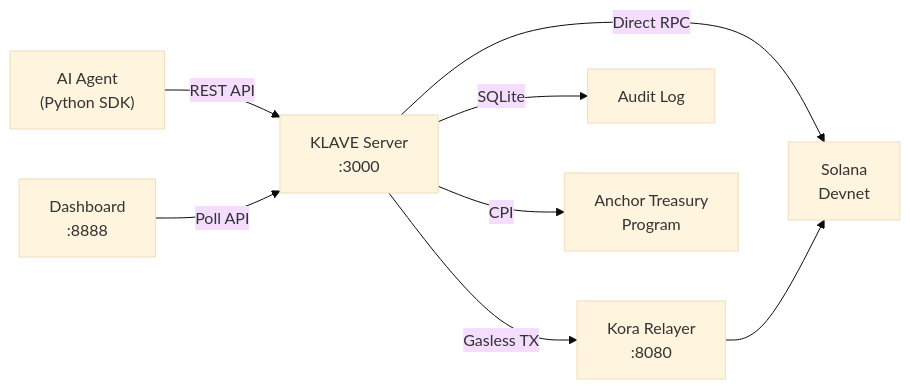
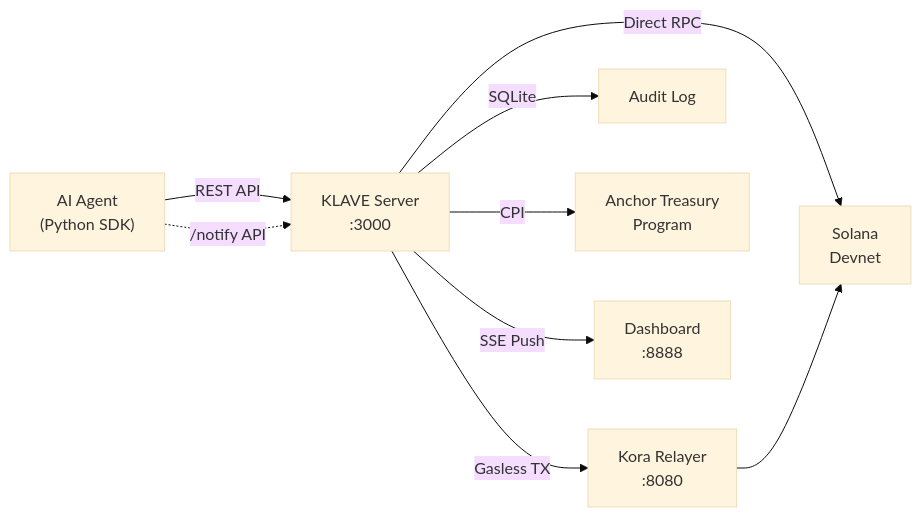
The diagram in docs/README.md (iamprecieee/klave), drawn with Mermaid (base theme) before and after one commit. The commit also changed other lines of this file and 21 other files, not shown here.

````diff
--- a/docs/README.md
+++ b/docs/README.md
@@ -16,10 +20,11 @@
 ```mermaid
 graph LR
     Agent["AI Agent<br/>(Python SDK)"] -->|REST API| Server["KLAVE Server<br/>:3000"]
     Server -->|Gasless TX| Kora["Kora Relayer<br/>:8080"]
     Server -->|Direct RPC| Solana["Solana<br/>Devnet"]
     Kora --> Solana
     Server -->|SQLite| DB["Audit Log"]
     Server -->|CPI| Treasury["Anchor Treasury<br/>Program"]
-    Dashboard["Dashboard<br/>:8888"] -->|Poll API| Server
+    Server -->|SSE Push| Dashboard["Dashboard<br/>:8888"]
+    Agent -.->|/notify API| Server
 ```
````
